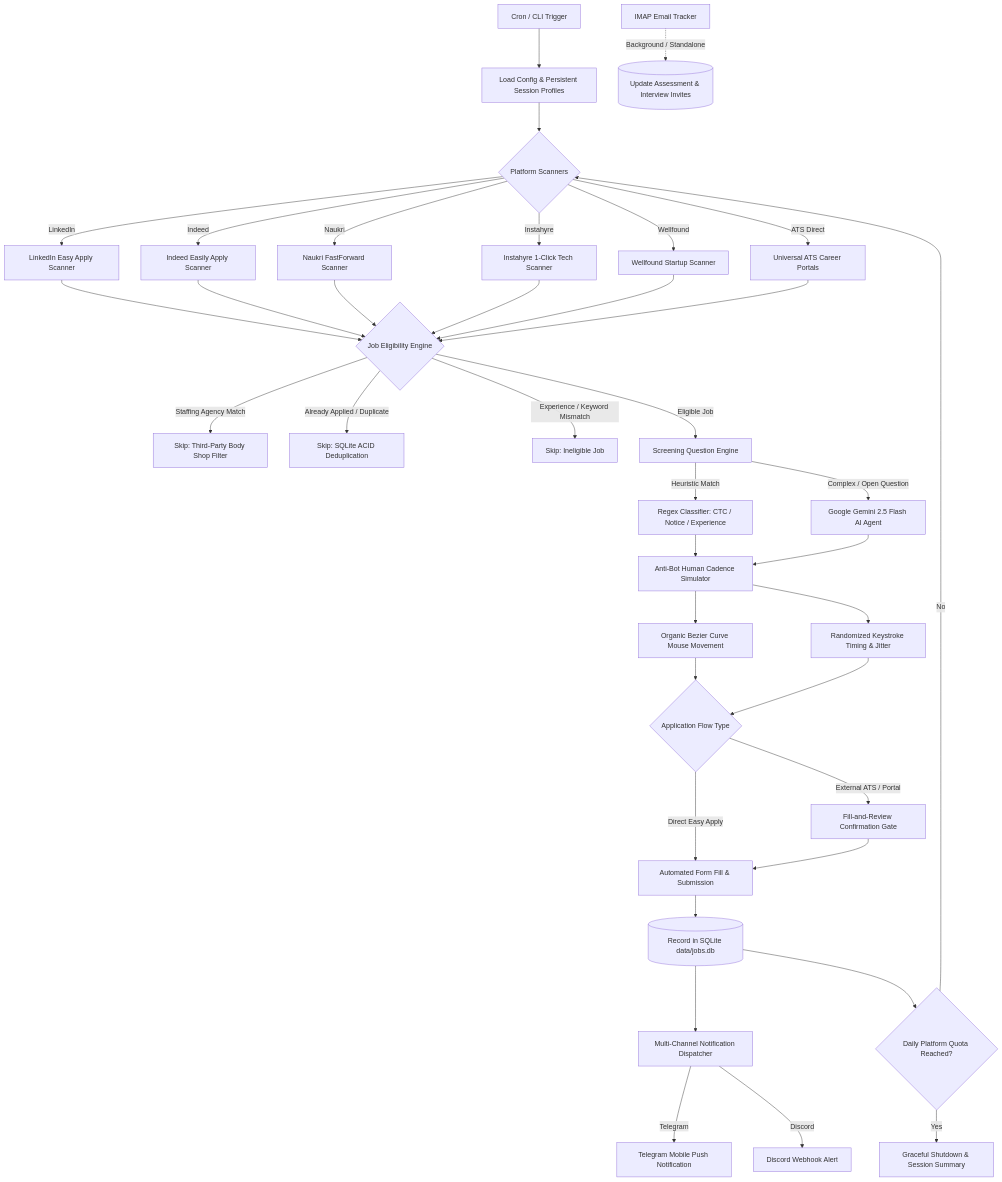
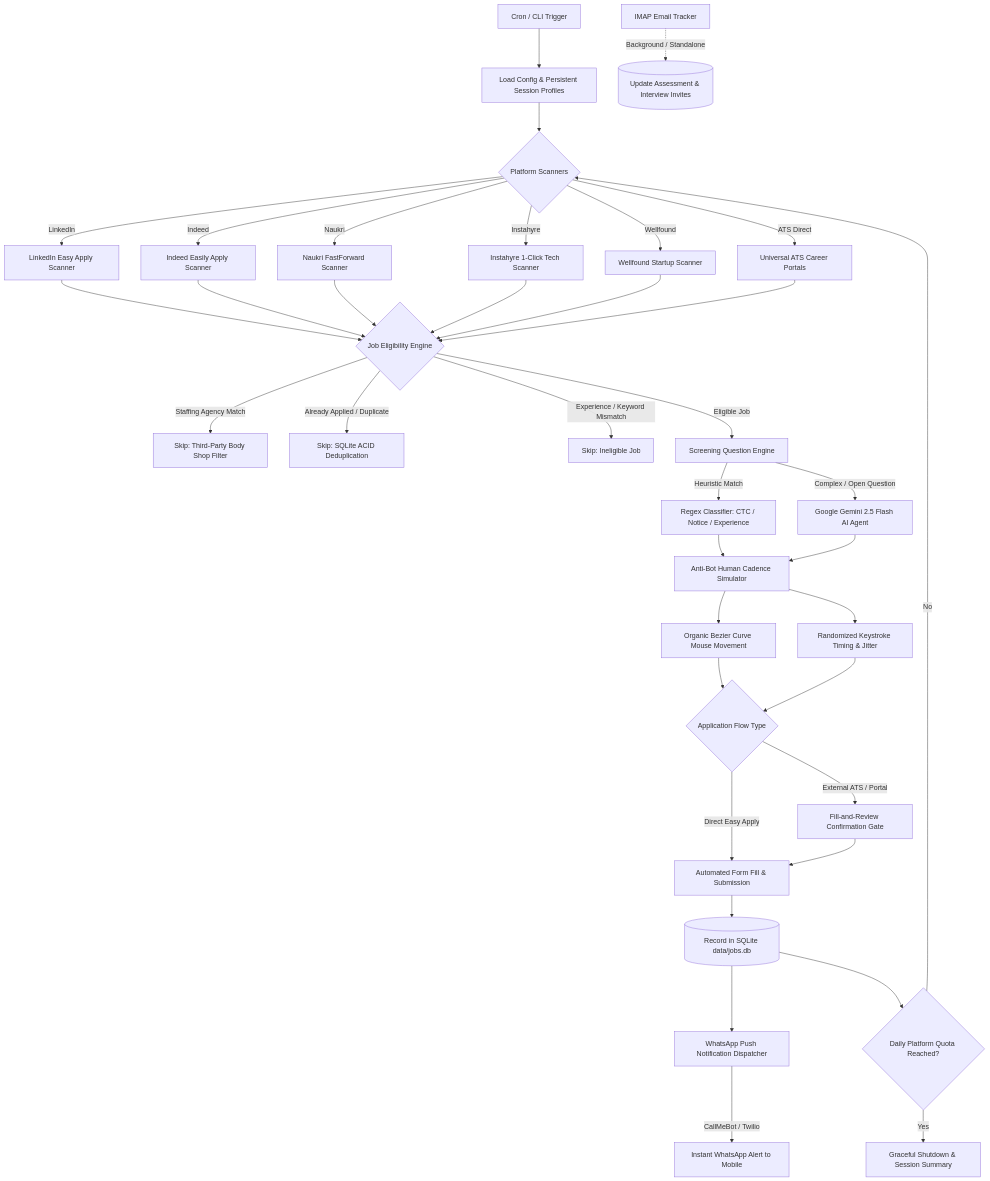
Before and after one commit to Ansh-mishra2000/job-apply-automation: the diagram in README.md, drawn with Mermaid. The commit also changed other lines of this file and 4 other files, not shown here.

Commit message:
feat: replace Telegram and Discord with WhatsApp mobile push notifications

````diff
--- a/README.md
+++ b/README.md
@@ -19,40 +19,39 @@
 ```mermaid
 flowchart TD
     A[Cron / CLI Trigger] --> B[Load Config & Persistent Session Profiles]
     B --> C{Platform Scanners}
     C -->|LinkedIn| D1[LinkedIn Easy Apply Scanner]
     C -->|Indeed| D2[Indeed Easily Apply Scanner]
     C -->|Naukri| D3[Naukri FastForward Scanner]
     C -->|Instahyre| D4[Instahyre 1-Click Tech Scanner]
     C -->|Wellfound| D5[Wellfound Startup Scanner]
     C -->|ATS Direct| D6[Universal ATS Career Portals]
 
     D1 & D2 & D3 & D4 & D5 & D6 --> E{Job Eligibility Engine}
     E -->|Staffing Agency Match| E1[Skip: Third-Party Body Shop Filter]
     E -->|Already Applied / Duplicate| E2[Skip: SQLite ACID Deduplication]
     E -->|Experience / Keyword Mismatch| E3[Skip: Ineligible Job]
     
     E -->|Eligible Job| F[Screening Question Engine]
     F -->|Heuristic Match| G1[Regex Classifier: CTC / Notice / Experience]
     F -->|Complex / Open Question| G2[Google Gemini 2.5 Flash AI Agent]
     
     G1 & G2 --> H[Anti-Bot Human Cadence Simulator]
     H --> H1[Organic Bezier Curve Mouse Movement]
     H --> H2[Randomized Keystroke Timing & Jitter]
 
     H1 & H2 --> I{Application Flow Type}
     I -->|Direct Easy Apply| J1[Automated Form Fill & Submission]
     I -->|External ATS / Portal| J2[Fill-and-Review Confirmation Gate]
     J2 --> J1
 
     J1 --> K[(Record in SQLite data/jobs.db)]
-    K --> L[Multi-Channel Notification Dispatcher]
-    L -->|Telegram| L1[Telegram Mobile Push Notification]
-    L -->|Discord| L2[Discord Webhook Alert]
+    K --> L[WhatsApp Push Notification Dispatcher]
+    L -->|CallMeBot / Twilio| L1[Instant WhatsApp Alert to Mobile]
 
     K --> M{Daily Platform Quota Reached?}
     M -->|No| C
     M -->|Yes| N[Graceful Shutdown & Session Summary]
 
     O[IMAP Email Tracker] -.->|Background / Standalone| P[(Update Assessment & Interview Invites)]
 ```
````
